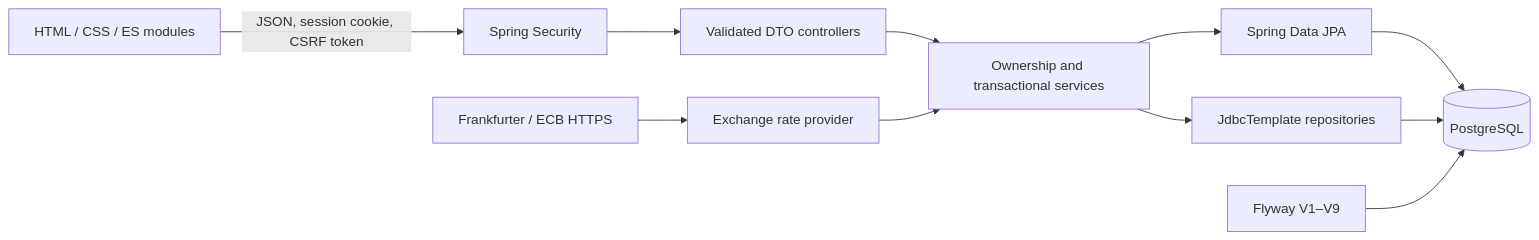
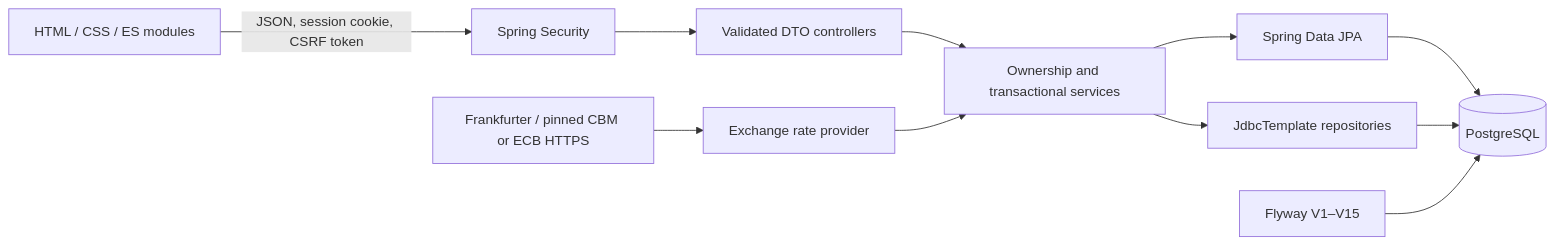
One commit to Mr-San-Win/NileBank changed the diagram in docs/ARCHITECTURE.md. Above: the diagram before and after it, drawn with Mermaid. The commit also changed other lines of this file and 7 other files, not shown here.

````diff
--- a/docs/ARCHITECTURE.md
+++ b/docs/ARCHITECTURE.md
@@ -7,13 +7,13 @@
 ```mermaid
 flowchart LR
   UI[HTML / CSS / ES modules] -->|JSON, session cookie, CSRF token| Security[Spring Security]
   Security --> Controllers[Validated DTO controllers]
   Controllers --> Services[Ownership and transactional services]
   Services --> JPA[Spring Data JPA]
   Services --> JDBC[JdbcTemplate repositories]
   JPA --> DB[(PostgreSQL)]
   JDBC --> DB
-  Flyway[Flyway V1–V9] --> DB
-  Rates[Frankfurter / ECB HTTPS] --> FX[Exchange rate provider]
+  Flyway[Flyway V1–V15] --> DB
+  Rates[Frankfurter / pinned CBM or ECB HTTPS] --> FX[Exchange rate provider]
   FX --> Services
 ```
````
